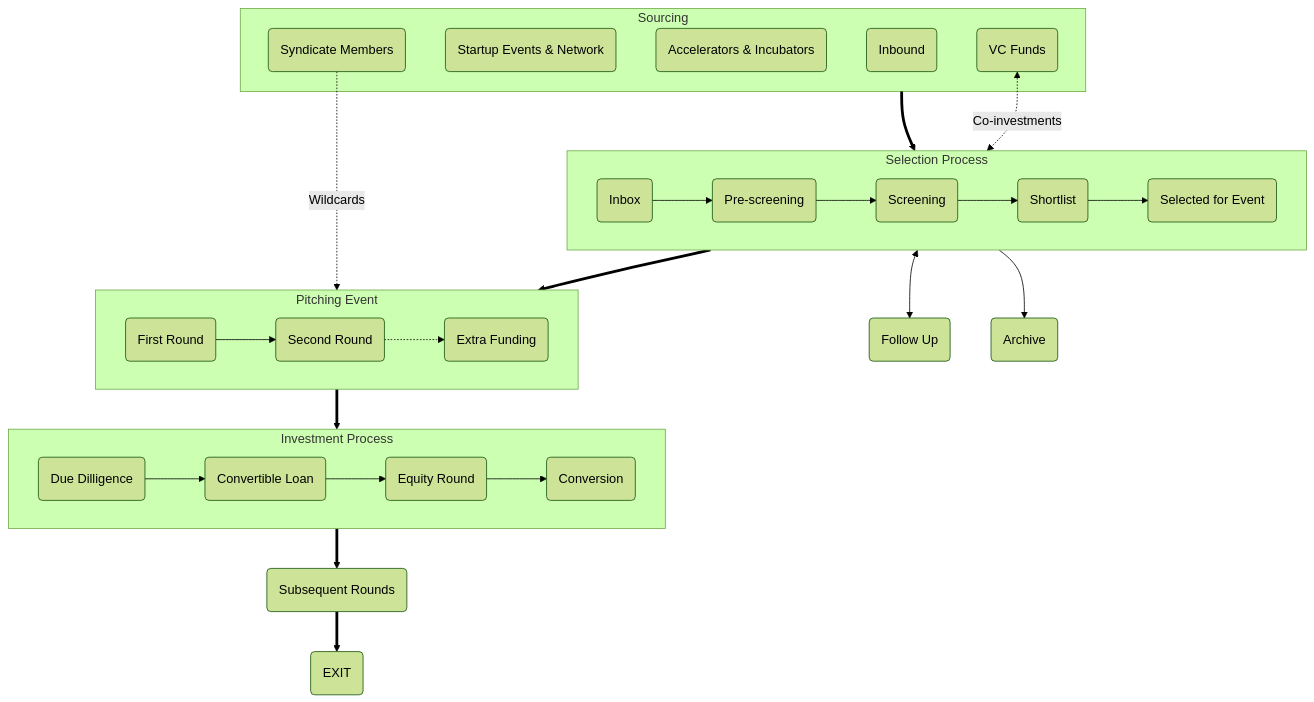
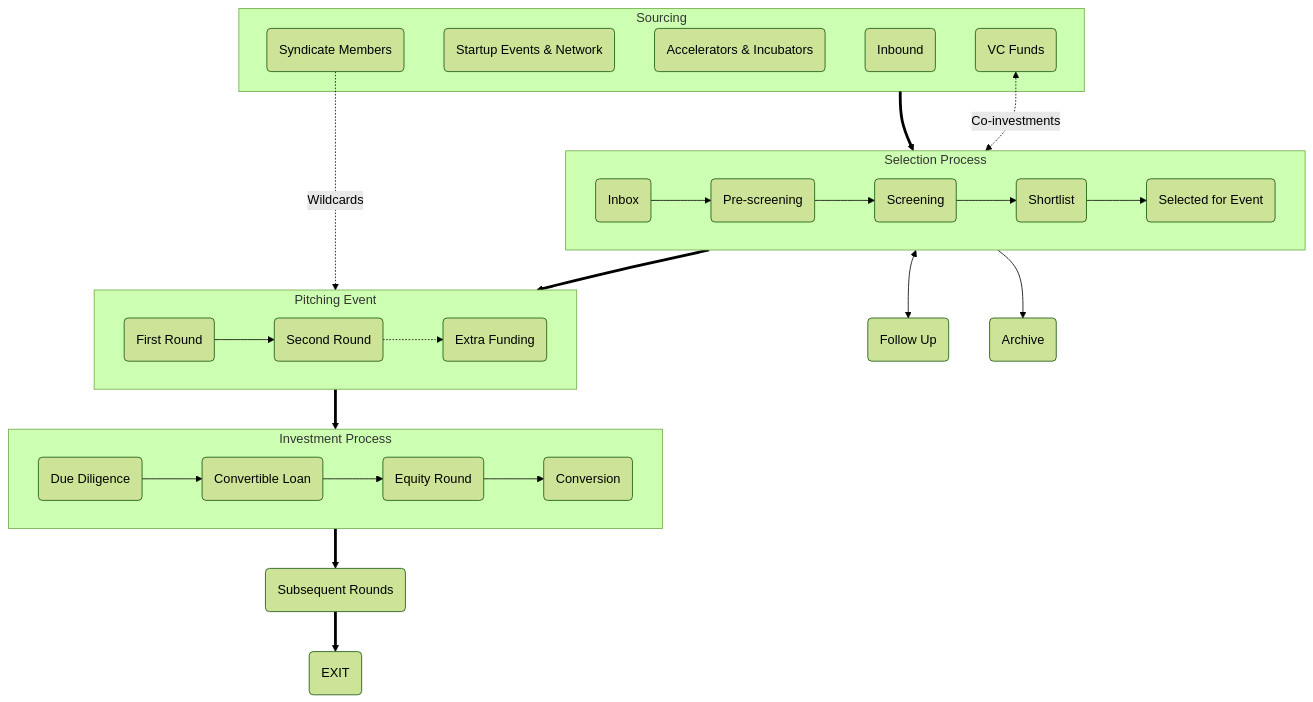
Before and after one commit to kdsp-net/gluon-web: the diagram in content/slovak/resources/knowledge-base/how-we-invest.md, drawn with Mermaid (forest theme). The commit also changed other lines of this file, not shown here.

Commit message:
Auto-commit from obsidian daemon - Updated files: /home/kdsp/Documents/Obsidian/Gluon Syndicate/Public Resources/slovak/Knowledge Base/How We Invest.md

```diff
--- a/content/slovak/resources/knowledge-base/how-we-invest.md
+++ b/content/slovak/resources/knowledge-base/how-we-invest.md
@@ -22,7 +22,7 @@
 firstRound("First Round")
 secondRound("Second Round")
 extraFunding("Extra Funding")
-dueDilligence("Due Dilligence")
+dueDiligence("Due Diligence")
 cla("Convertible Loan")
 qualifiedRound("Equity Round")
 conversion("Conversion")
@@ -30,8 +30,8 @@
 exit("EXIT") 
 
 click members href "#syndicate-members"
-click events href "#startup-events-&-network"
-click accelerators href "#accelerators-&-incubators"
+click events href "#startup-events--network"
+click accelerators href "#accelerators--incubators"
 click inbound href "#inbound"
 click vc href "#vc-funds"
 click inbox href "#inbox"
@@ -42,7 +42,7 @@
 click firstRound href "#first-round"
 click secondRound href "#second-round"
 click extraFunding href "#extra-funding"
-click dueDilligence href "#due-dilligence-(dd)"
+click dueDiligence href "#due-diligence-dd"
 click cla href "#convertible-loan"
 click qualifiedRound href "#equity-round"
 click conversion href "#Conversion"
@@ -84,7 +84,7 @@
 
 subgraph investment ["Investment Process"]
   direction LR
-  dueDilligence --> cla
+  dueDiligence --> cla
   cla --> qualifiedRound
   qualifiedRound --> conversion
 end
```
